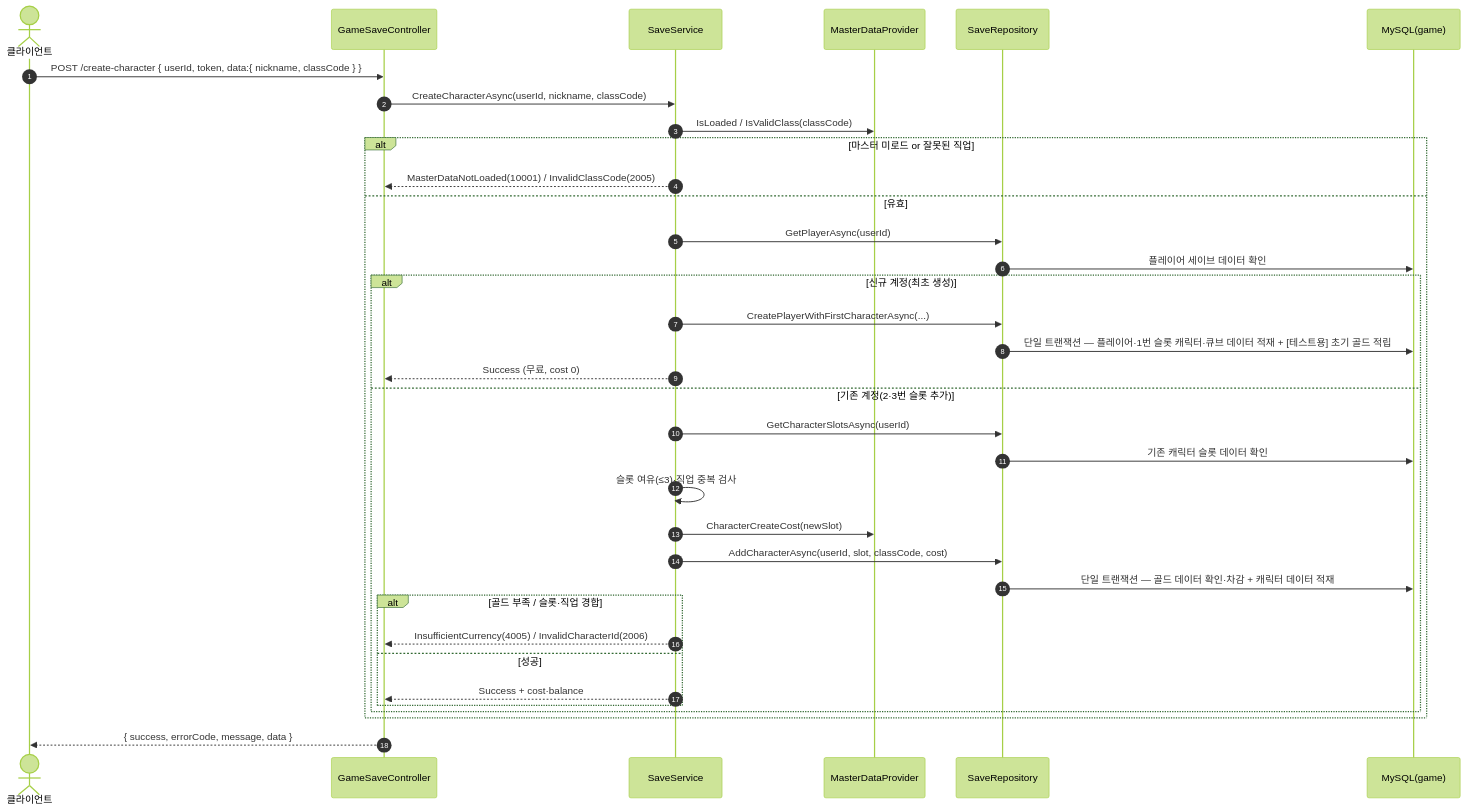
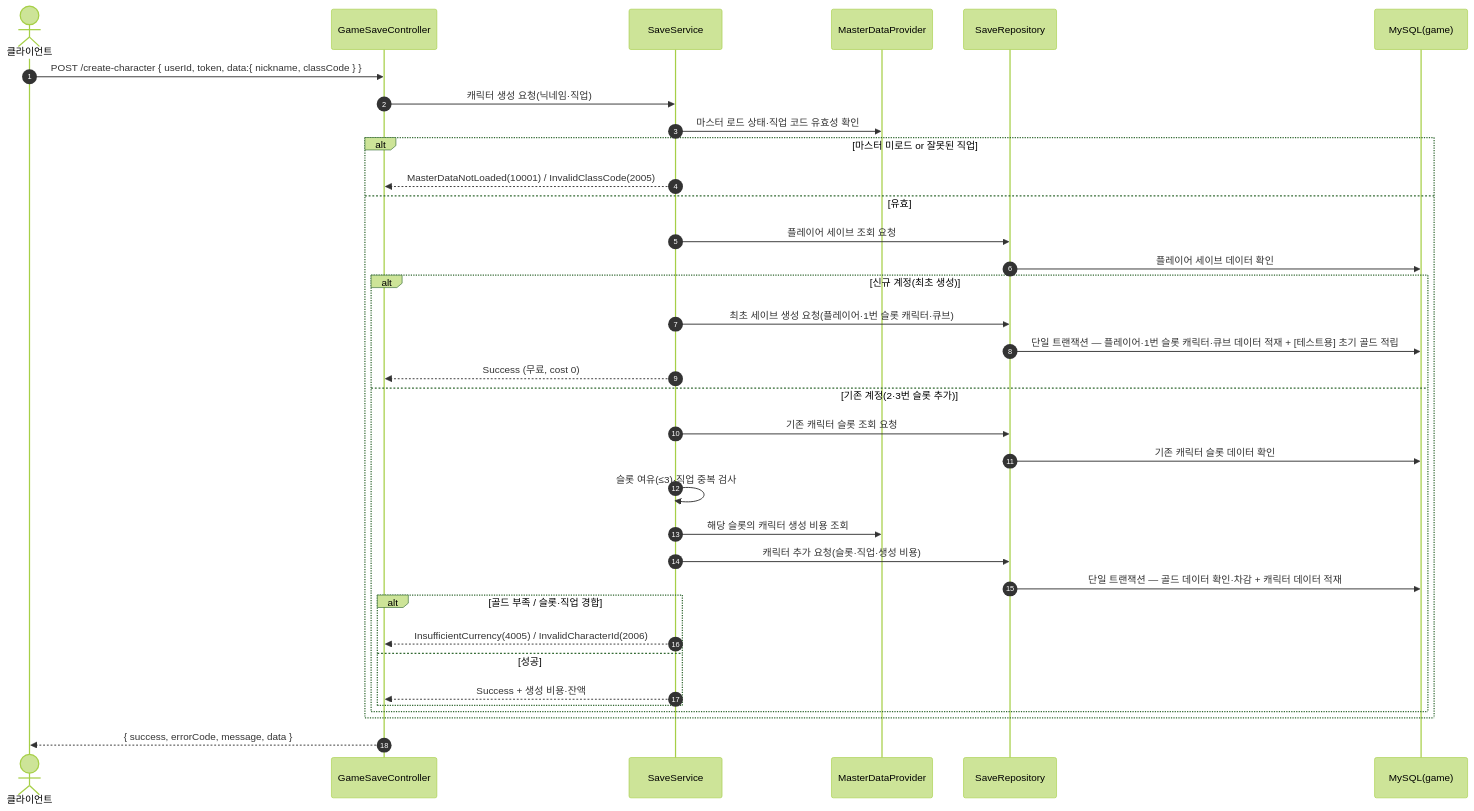
Before and after one commit to ks-wook/com2us-taskbar-hero: the second of 3 diagrams in SequenceDiagram/GameSaveController.md, drawn with Mermaid (forest theme). The commit also changed other lines of this file and 7 other files, not shown here.

Commit message:
시퀀스 다이어그램 수정

````diff
--- a/SequenceDiagram/GameSaveController.md
+++ b/SequenceDiagram/GameSaveController.md
@@ -37,38 +37,38 @@
 ```mermaid
 sequenceDiagram
     autonumber
     actor C as 클라이언트
     participant Ctrl as GameSaveController
     participant Svc as SaveService
     participant MD as MasterDataProvider
     participant Repo as SaveRepository
     participant DB as MySQL(game)
 
     C->>Ctrl: POST /create-character { userId, token, data:{ nickname, classCode } }
-    Ctrl->>Svc: CreateCharacterAsync(userId, nickname, classCode)
-    Svc->>MD: IsLoaded / IsValidClass(classCode)
+    Ctrl->>Svc: 캐릭터 생성 요청(닉네임·직업)
+    Svc->>MD: 마스터 로드 상태·직업 코드 유효성 확인
     alt 마스터 미로드 or 잘못된 직업
         Svc-->>Ctrl: MasterDataNotLoaded(10001) / InvalidClassCode(2005)
     else 유효
-        Svc->>Repo: GetPlayerAsync(userId)
+        Svc->>Repo: 플레이어 세이브 조회 요청
         Repo->>DB: 플레이어 세이브 데이터 확인
         alt 신규 계정(최초 생성)
-            Svc->>Repo: CreatePlayerWithFirstCharacterAsync(...)
+            Svc->>Repo: 최초 세이브 생성 요청(플레이어·1번 슬롯 캐릭터·큐브)
             Repo->>DB: 단일 트랜잭션 — 플레이어·1번 슬롯 캐릭터·큐브 데이터 적재 + [테스트용] 초기 골드 적립
             Svc-->>Ctrl: Success (무료, cost 0)
         else 기존 계정(2·3번 슬롯 추가)
-            Svc->>Repo: GetCharacterSlotsAsync(userId)
+            Svc->>Repo: 기존 캐릭터 슬롯 조회 요청
             Repo->>DB: 기존 캐릭터 슬롯 데이터 확인
             Svc->>Svc: 슬롯 여유(≤3)·직업 중복 검사
-            Svc->>MD: CharacterCreateCost(newSlot)
-            Svc->>Repo: AddCharacterAsync(userId, slot, classCode, cost)
+            Svc->>MD: 해당 슬롯의 캐릭터 생성 비용 조회
+            Svc->>Repo: 캐릭터 추가 요청(슬롯·직업·생성 비용)
             Repo->>DB: 단일 트랜잭션 — 골드 데이터 확인·차감 + 캐릭터 데이터 적재
             alt 골드 부족 / 슬롯·직업 경합
                 Svc-->>Ctrl: InsufficientCurrency(4005) / InvalidCharacterId(2006)
             else 성공
-                Svc-->>Ctrl: Success + cost·balance
+                Svc-->>Ctrl: Success + 생성 비용·잔액
             end
         end
     end
     Ctrl-->>C: { success, errorCode, message, data }
 ```
````
